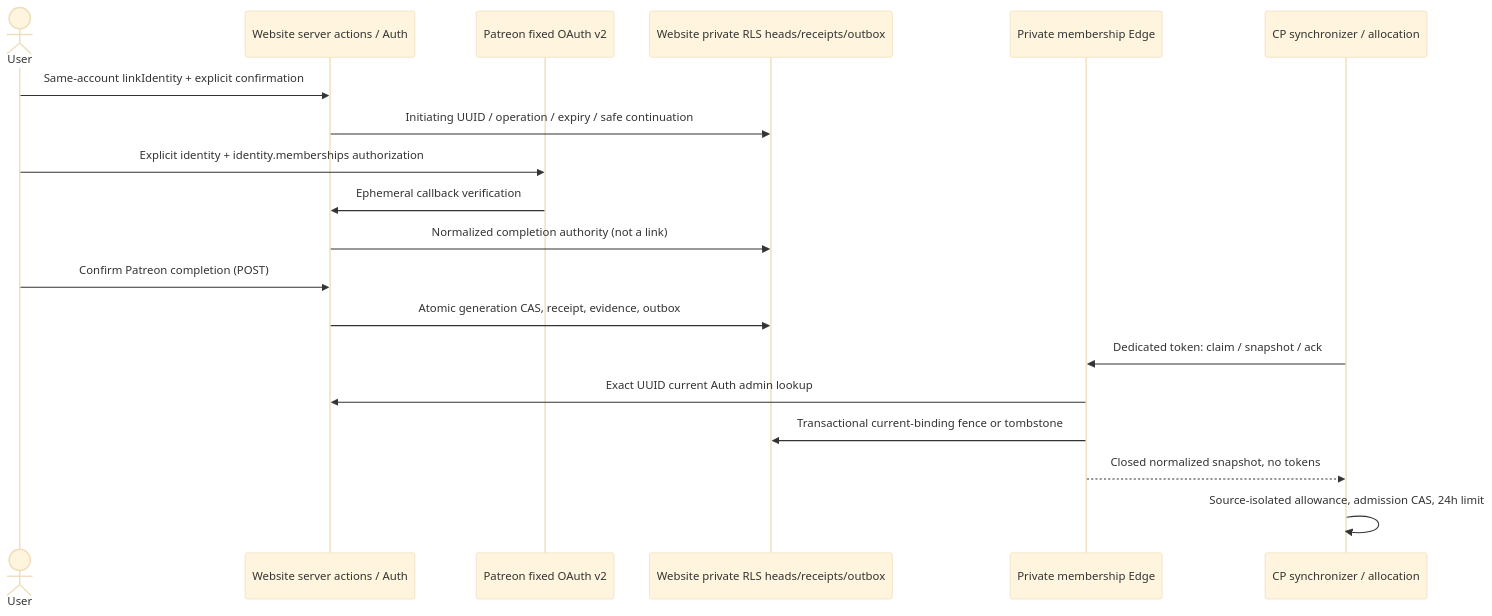
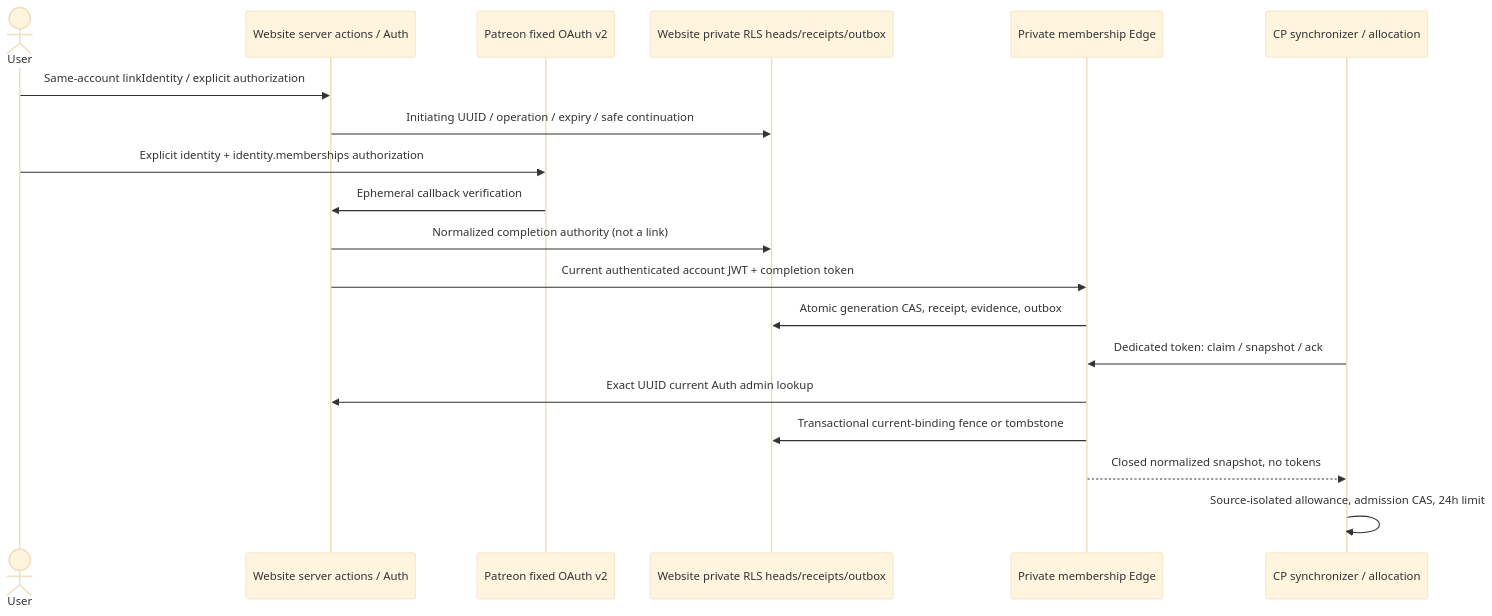
The diagram in docs/membership-onboarding.md (Bannerlord-Coop-Team/BannerlordCoop-website), drawn with Mermaid (base theme) before and after one commit. The commit also changed other lines of this file and 26 other files, not shown here.

````diff
--- a/docs/membership-onboarding.md
+++ b/docs/membership-onboarding.md
@@ -140,21 +148,21 @@
 ```mermaid
 sequenceDiagram
   actor User
   participant Web as Website server actions / Auth
   participant OAuth as Patreon fixed OAuth v2
   participant SQL as Website private RLS heads/receipts/outbox
   participant Edge as Private membership Edge
   participant CP as CP synchronizer / allocation
-  User->>Web: Same-account linkIdentity + explicit confirmation
+  User->>Web: Same-account linkIdentity / explicit authorization
   Web->>SQL: Initiating UUID / operation / expiry / safe continuation
   User->>OAuth: Explicit identity + identity.memberships authorization
   OAuth->>Web: Ephemeral callback verification
   Web->>SQL: Normalized completion authority (not a link)
-  User->>Web: Confirm Patreon completion (POST)
-  Web->>SQL: Atomic generation CAS, receipt, evidence, outbox
+  Web->>Edge: Current authenticated account JWT + completion token
+  Edge->>SQL: Atomic generation CAS, receipt, evidence, outbox
   CP->>Edge: Dedicated token: claim / snapshot / ack
   Edge->>Web: Exact UUID current Auth admin lookup
   Edge->>SQL: Transactional current-binding fence or tombstone
   Edge-->>CP: Closed normalized snapshot, no tokens
   CP->>CP: Source-isolated allowance, admission CAS, 24h limit
 ```
````
